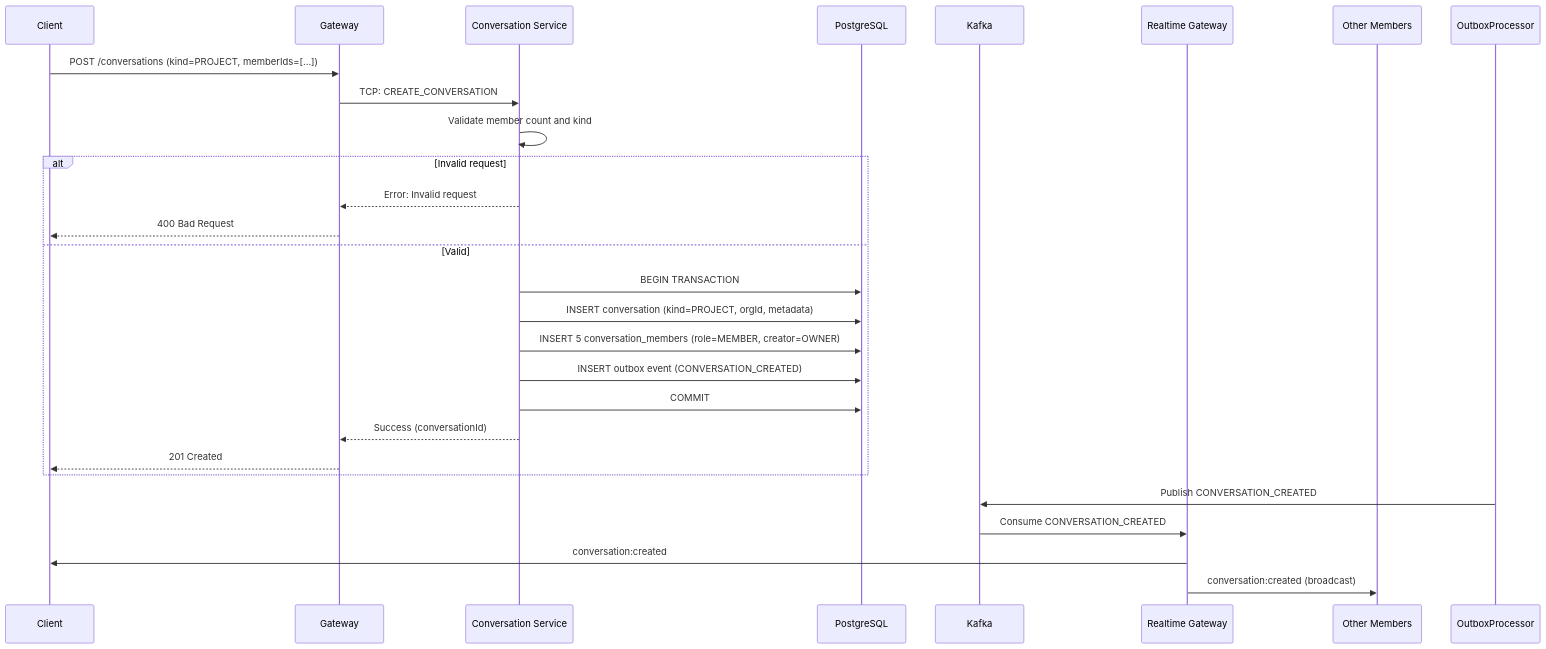
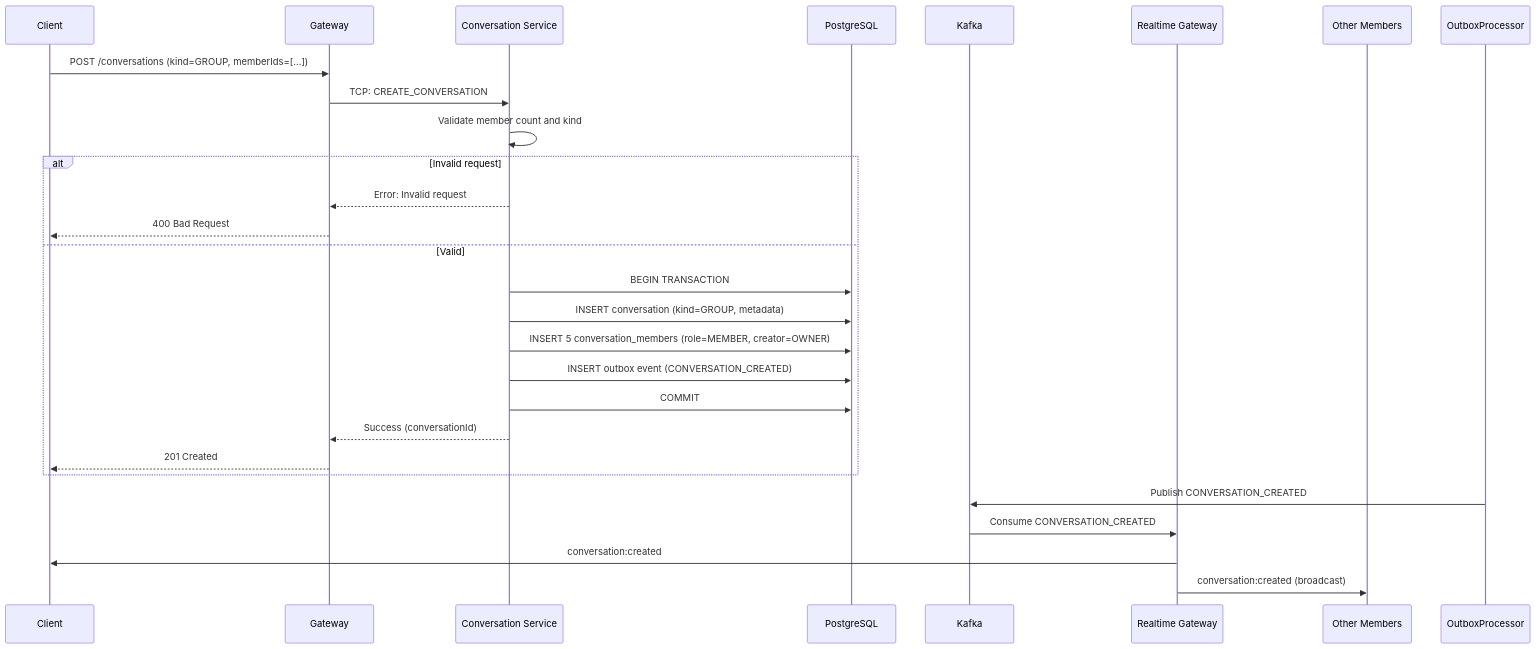
One commit to nguyenhung204/Zolo changed the third of 9 diagrams in docs_backend/integration/DATA_FLOW_PATTERNS.md. Above: the diagram before and after it, drawn with Mermaid. The commit also changed other lines of this file and 57 other files, not shown here.

````diff
--- a/docs_backend/integration/DATA_FLOW_PATTERNS.md
+++ b/docs_backend/integration/DATA_FLOW_PATTERNS.md
@@ -371,32 +371,32 @@
 ```mermaid
 sequenceDiagram
     participant Client
     participant Gateway
     participant ConvSvc as Conversation Service
     participant DB as PostgreSQL
     participant Kafka
     participant RealtimeGW as Realtime Gateway
     participant Members as Other Members
 
-    Client->>Gateway: POST /conversations (kind=PROJECT, memberIds=[...])
+    Client->>Gateway: POST /conversations (kind=GROUP, memberIds=[...])
     Gateway->>ConvSvc: TCP: CREATE_CONVERSATION
 
     ConvSvc->>ConvSvc: Validate member count and kind
     alt Invalid request
         ConvSvc-->>Gateway: Error: Invalid request
         Gateway-->>Client: 400 Bad Request
     else Valid
         ConvSvc->>DB: BEGIN TRANSACTION
-        ConvSvc->>DB: INSERT conversation (kind=PROJECT, orgId, metadata)
+        ConvSvc->>DB: INSERT conversation (kind=GROUP, metadata)
         ConvSvc->>DB: INSERT 5 conversation_members (role=MEMBER, creator=OWNER)
         ConvSvc->>DB: INSERT outbox event (CONVERSATION_CREATED)
         ConvSvc->>DB: COMMIT
         ConvSvc-->>Gateway: Success (conversationId)
         Gateway-->>Client: 201 Created
     end
 
     OutboxProcessor->>Kafka: Publish CONVERSATION_CREATED
     Kafka->>RealtimeGW: Consume CONVERSATION_CREATED
     RealtimeGW->>Client: conversation:created
     RealtimeGW->>Members: conversation:created (broadcast)
 ```
````
